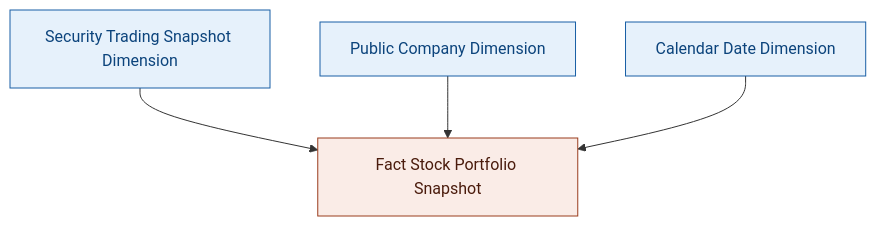
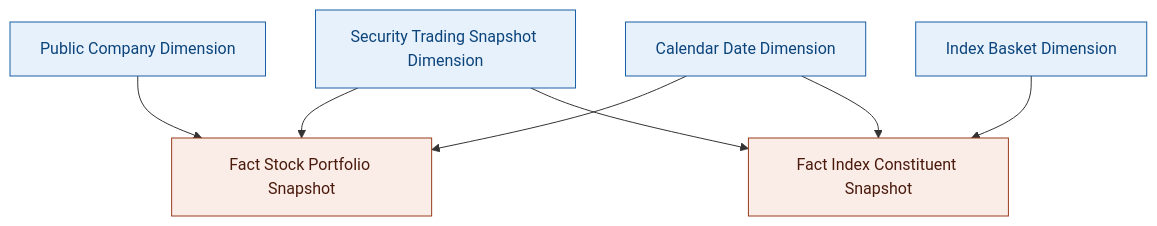
One commit to linhlvit/ubck_atomic_design changed the sixth of 6 diagrams in Datamart/hld/DTM_GSTT_HLD.md. Above: the diagram before and after it, drawn with Mermaid. The commit also changed other lines of this file and 4 other files, not shown here.

````diff
--- a/Datamart/hld/DTM_GSTT_HLD.md
+++ b/Datamart/hld/DTM_GSTT_HLD.md
@@ -167,15 +272,20 @@
 ```mermaid
 graph TB
     classDef dim fill:#E6F1FB,stroke:#185FA5,color:#0C447C
     classDef fact fill:#FAECE7,stroke:#993C1D,color:#4A1B0C
     classDef oper fill:#E8F5E9,stroke:#2E7D32,color:#1B5E20
 
     ScrTdgSnpstDim["Security Trading Snapshot Dimension"]:::dim
     PblcCoDim["Public Company Dimension"]:::dim
     CdrDtDim["Calendar Date Dimension"]:::dim
+    IndxBasketDim["Index Basket Dimension"]:::dim
     FctStockPortfolioSnpst["Fact Stock Portfolio Snapshot"]:::fact
+    FctIndxCnstSnpst["Fact Index Constituent Snapshot"]:::fact
 
     ScrTdgSnpstDim --> FctStockPortfolioSnpst
     PblcCoDim --> FctStockPortfolioSnpst
     CdrDtDim --> FctStockPortfolioSnpst
+    ScrTdgSnpstDim --> FctIndxCnstSnpst
+    IndxBasketDim --> FctIndxCnstSnpst
+    CdrDtDim --> FctIndxCnstSnpst
 ```
````
